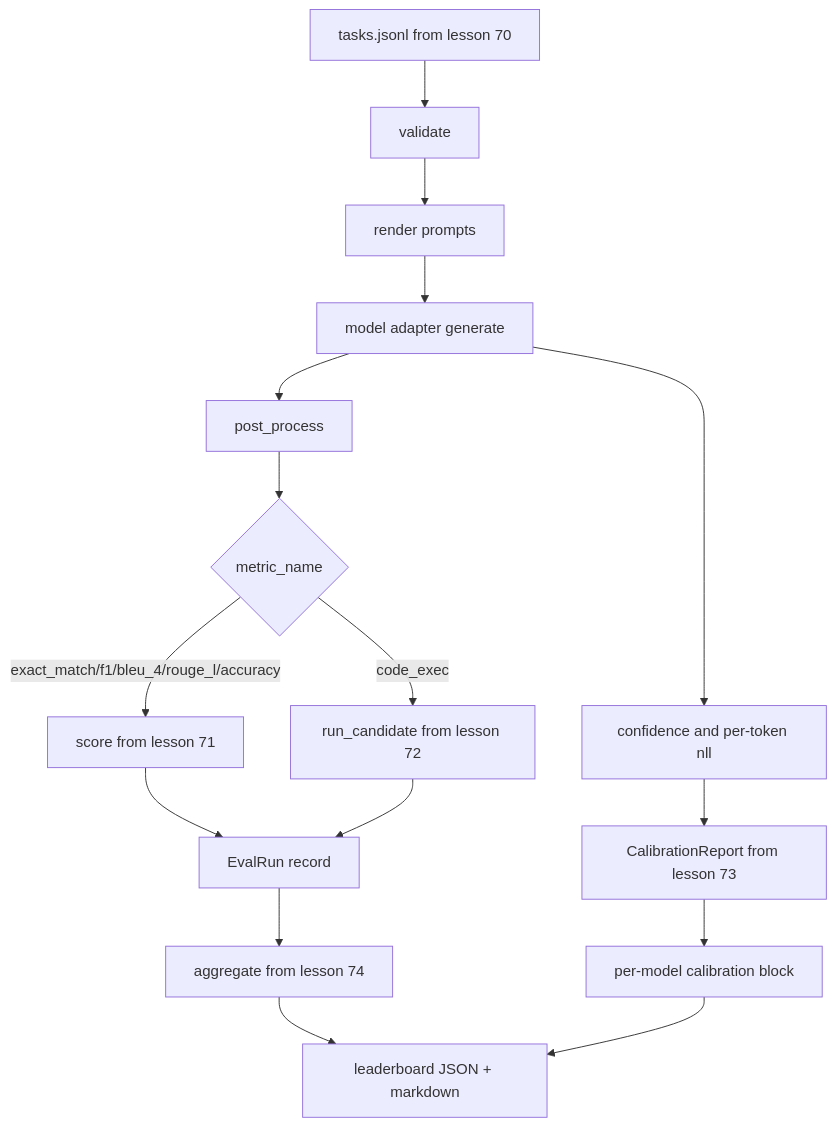
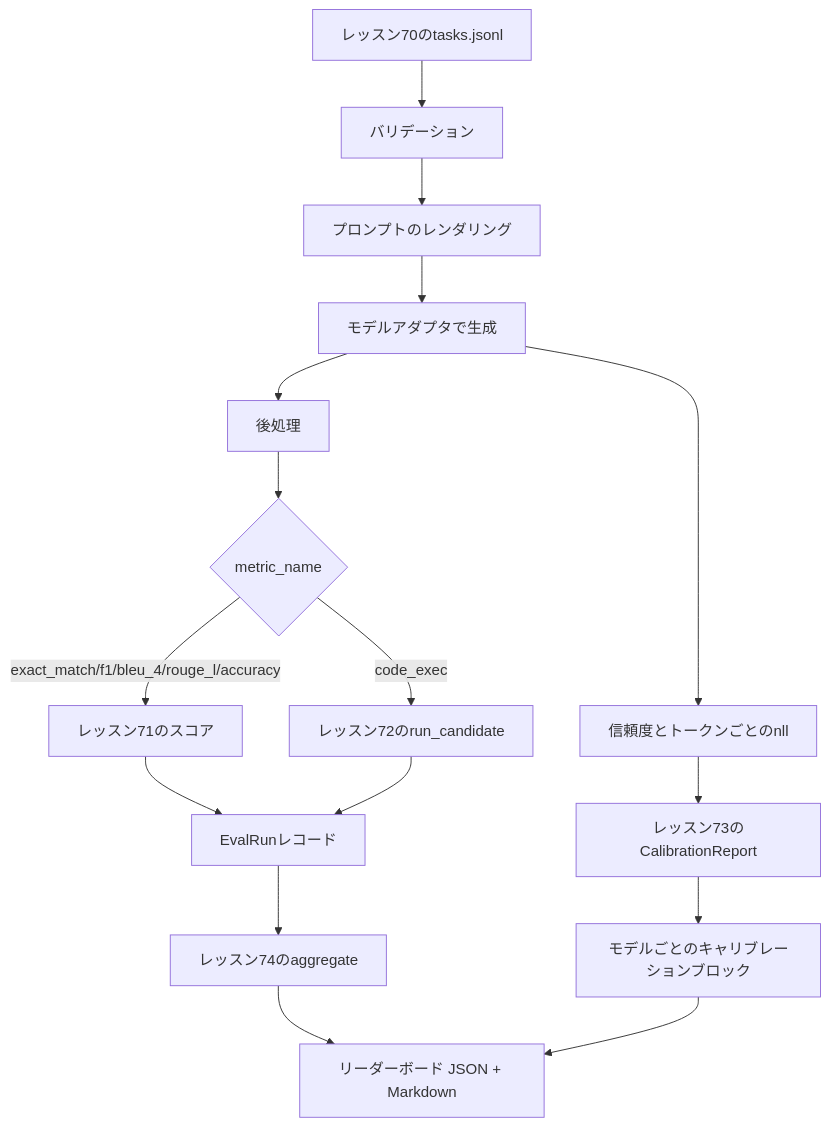
One commit to shoshoshomen/synapse-academy changed the diagram in content/phases/19-capstone-projects/75-end-to-end-eval-runner/lesson.ja.md. Above: the diagram before and after it, drawn with Mermaid. The commit also changed 124 other files, not shown here.

First line of the commit message:
feat(i18n): mermaid図のラベルを日本語化(194レッスン/374図)

````diff
--- a/content/phases/19-capstone-projects/75-end-to-end-eval-runner/lesson.ja.md
+++ b/content/phases/19-capstone-projects/75-end-to-end-eval-runner/lesson.ja.md
@@ -16,18 +16,18 @@
 ```mermaid
 flowchart TD
-    A[tasks.jsonl from lesson 70] --> B[validate]
-    B --> C[render prompts]
-    C --> D[model adapter generate]
-    D --> E[post_process]
-    E --> F{metric_name}
-    F -->|exact_match/f1/bleu_4/rouge_l/accuracy| G[score from lesson 71]
-    F -->|code_exec| H[run_candidate from lesson 72]
-    G --> R[EvalRun record]
+    A["レッスン70のtasks.jsonl"] --> B["バリデーション"]
+    B --> C["プロンプトのレンダリング"]
+    C --> D["モデルアダプタで生成"]
+    D --> E["後処理"]
+    E --> F{"metric_name"}
+    F -->|"exact_match/f1/bleu_4/rouge_l/accuracy"| G["レッスン71のスコア"]
+    F -->|"code_exec"| H["レッスン72のrun_candidate"]
+    G --> R["EvalRunレコード"]
     H --> R
-    D --> S[confidence and per-token nll]
-    S --> T[CalibrationReport from lesson 73]
-    R --> U[aggregate from lesson 74]
-    T --> V[per-model calibration block]
-    U --> W[leaderboard JSON + markdown]
+    D --> S["信頼度とトークンごとのnll"]
+    S --> T["レッスン73のCalibrationReport"]
+    R --> U["レッスン74のaggregate"]
+    T --> V["モデルごとのキャリブレーションブロック"]
+    U --> W["リーダーボード JSON + Markdown"]
     V --> W
 ```
````
